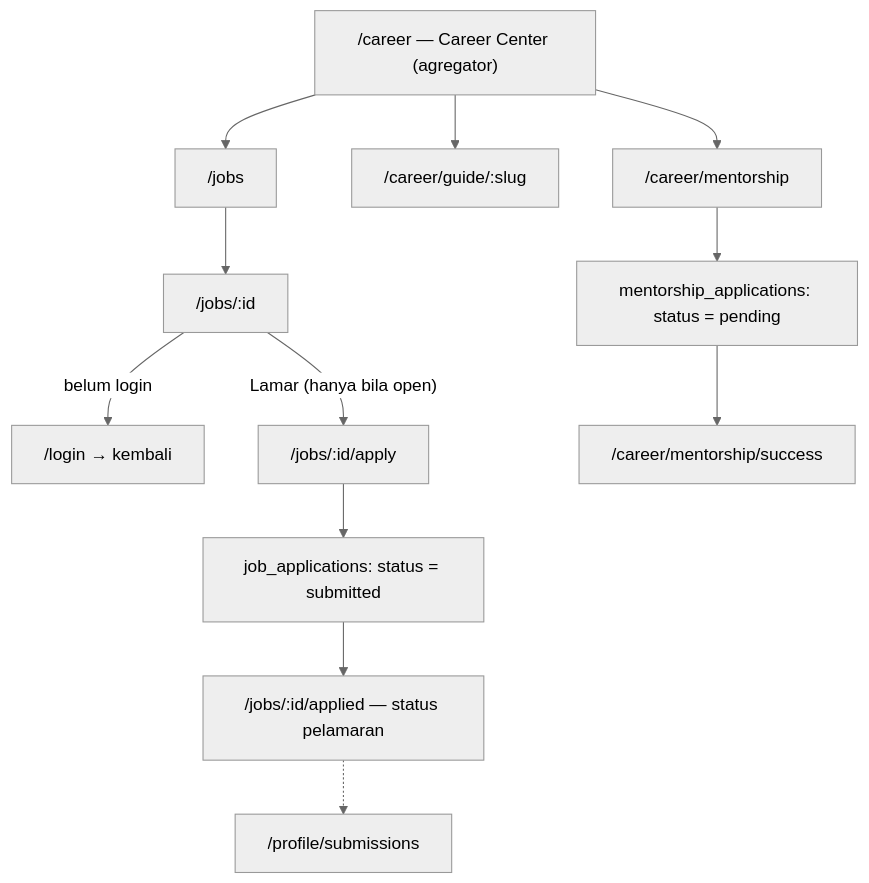
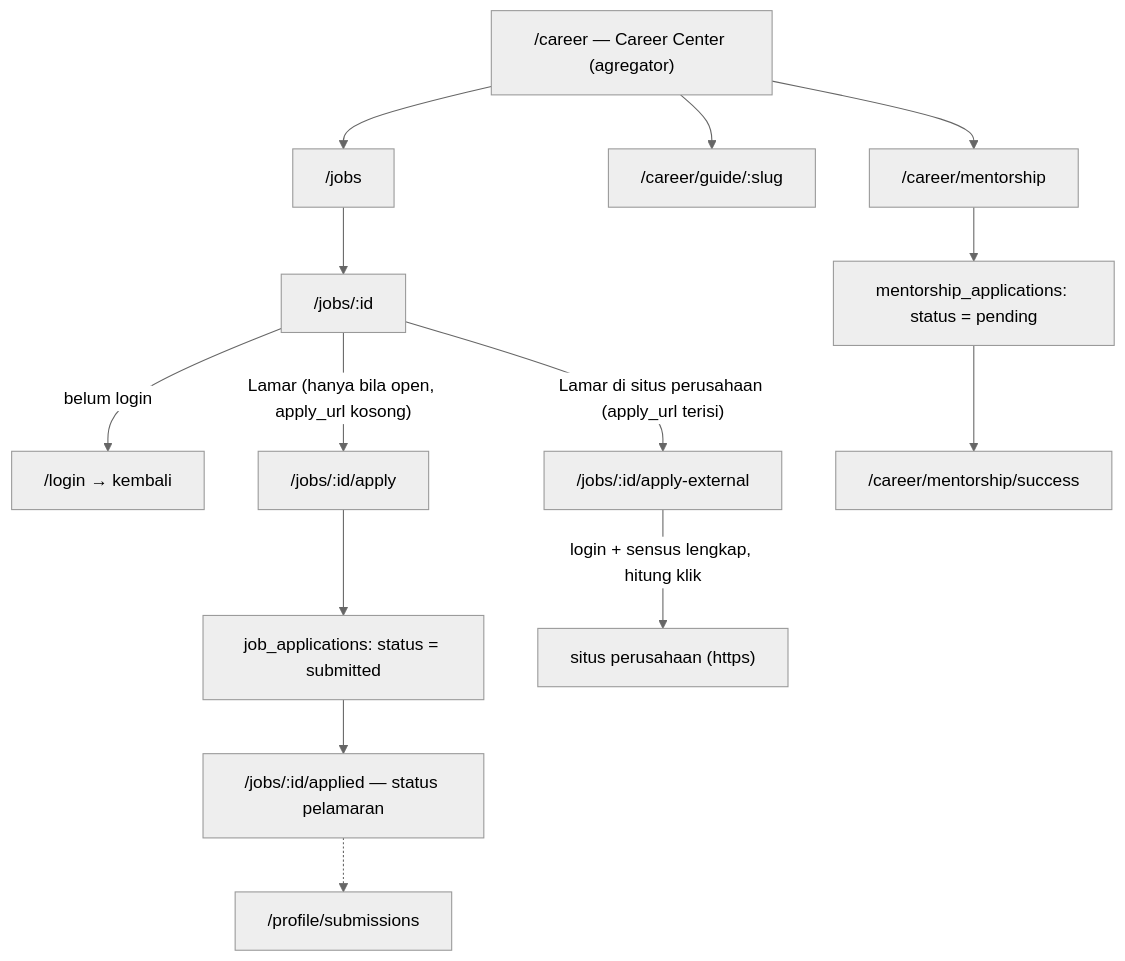
The first of 2 diagrams in docs/Career Flow.md (ppit-nanjing/PPIT_nanjing), drawn with Mermaid (neutral theme) before and after one commit. The commit also changed other lines of this file and 14 other files, not shown here.

First line of the commit message:
feat(jobs): let a posting send applicants to the company's own site

````diff
--- a/docs/Career Flow.md
+++ b/docs/Career Flow.md
@@ -9,15 +9,17 @@
 ```mermaid
 flowchart TD
     Jobs["/jobs"] --> Detail["/jobs/:id"]
     Detail -->|belum login| Login["/login → kembali"]
-    Detail -->|"Lamar (hanya bila open)"| Apply["/jobs/:id/apply"]
+    Detail -->|"Lamar (hanya bila open, apply_url kosong)"| Apply["/jobs/:id/apply"]
     Apply --> Submit["job_applications: status = submitted"]
     Submit --> Applied["/jobs/:id/applied — status pelamaran"]
     Applied -.-> History["/profile/submissions"]
+    Detail -->|"Lamar di situs perusahaan (apply_url terisi)"| Ext["/jobs/:id/apply-external"]
+    Ext -->|"login + sensus lengkap, hitung klik"| Company["situs perusahaan (https)"]
 
     Career["/career — Career Center (agregator)"] --> Jobs
     Career --> Guide["/career/guide/:slug"]
     Career --> Mentor["/career/mentorship"]
     Mentor --> MentorSubmit["mentorship_applications: status = pending"]
     MentorSubmit --> MentorOk["/career/mentorship/success"]
 ```
````
